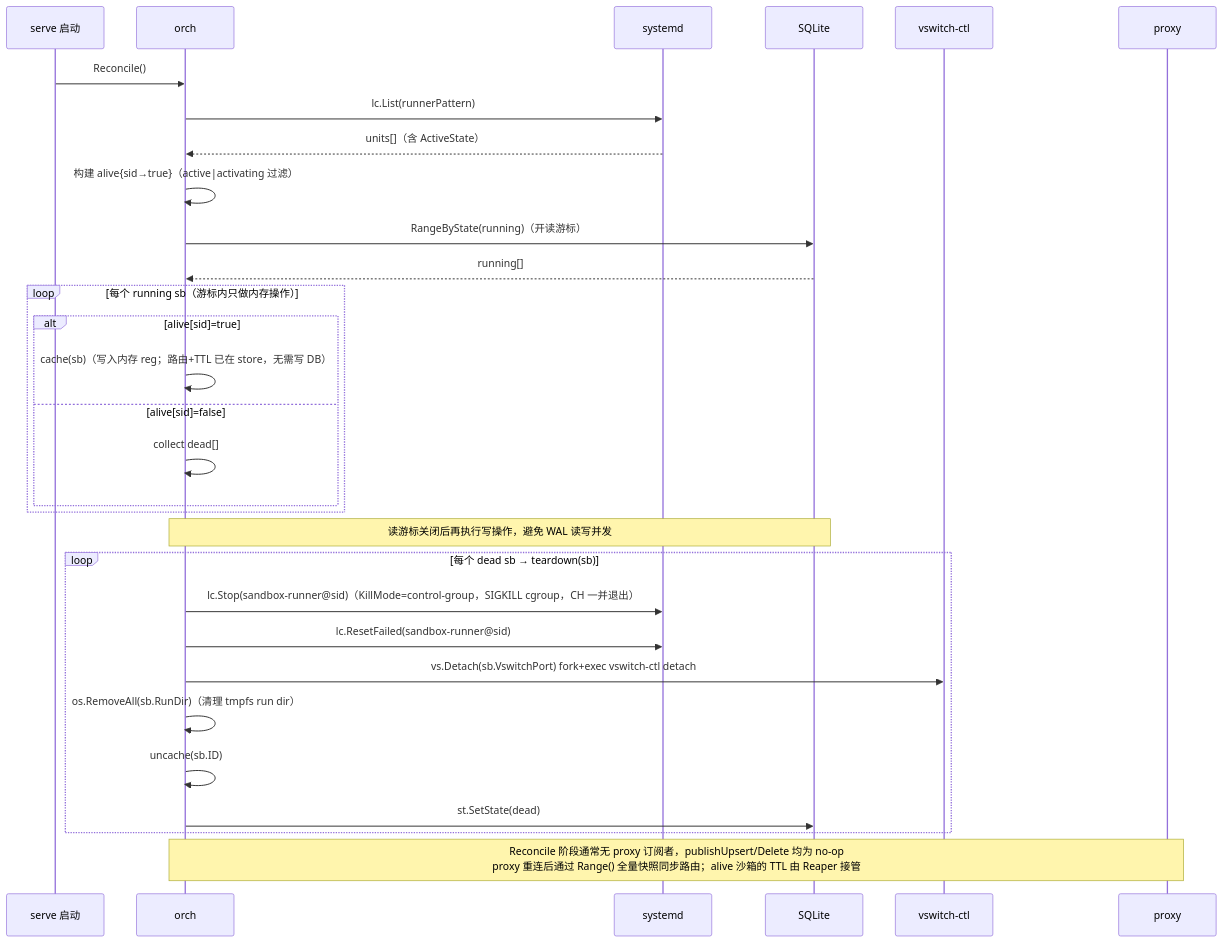
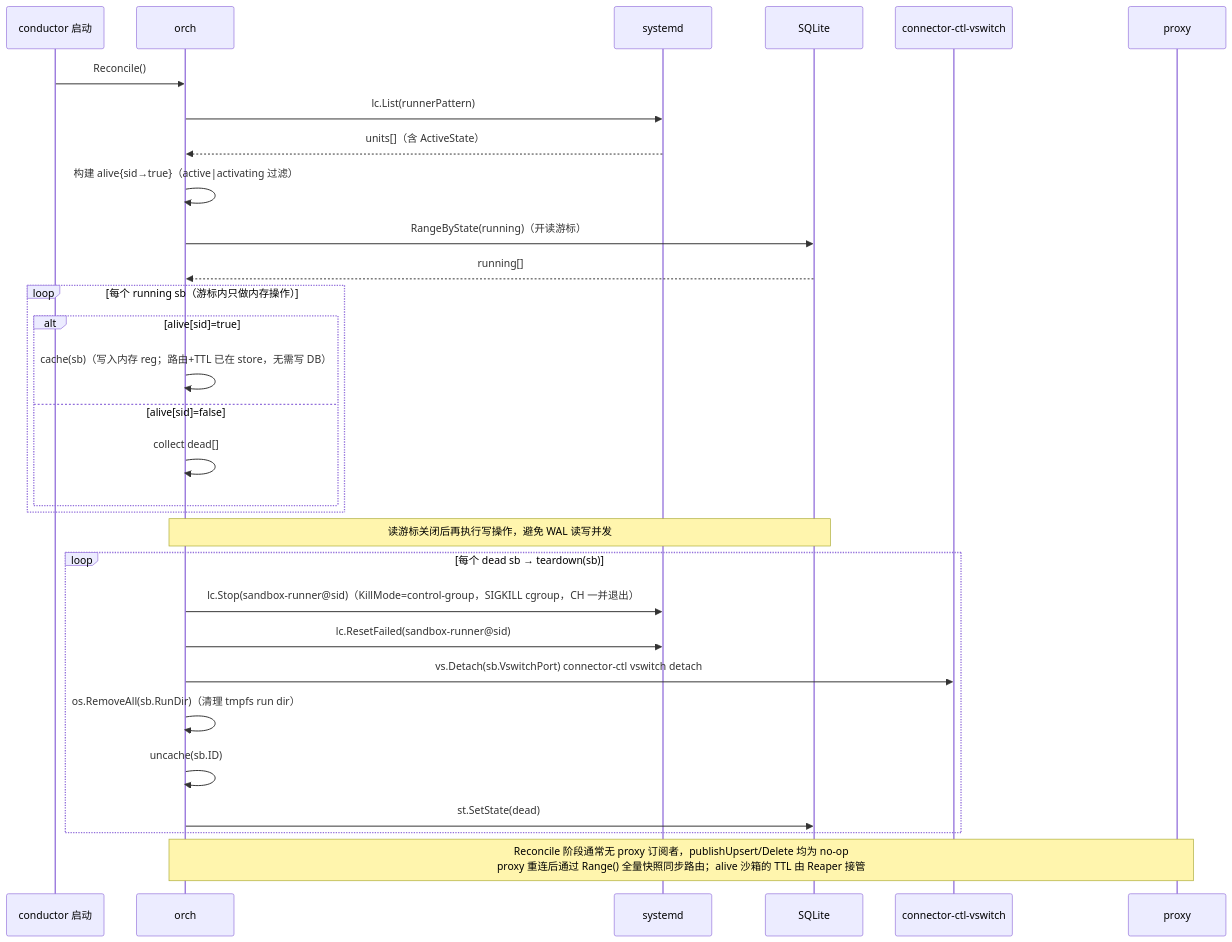
Before and after one commit to lyuyun/sandboxd: the sixth of 8 diagrams in docs/proposals/fe-2.2-serve-sandbox-lifecycle.md, drawn with Mermaid. The commit also changed other lines of this file and 1 other file, not shown here.

````diff
--- a/docs/proposals/fe-2.2-serve-sandbox-lifecycle.md
+++ b/docs/proposals/fe-2.2-serve-sandbox-lifecycle.md
@@ -798,33 +798,33 @@
 ```mermaid
 sequenceDiagram
-    participant S as serve 启动
+    participant S as conductor 启动
     participant O as orch
     participant SD as systemd
     participant DB as SQLite
-    participant VS as vswitch-ctl
+    participant VS as connector-ctl-vswitch
     participant P as proxy
 
     S->>O: Reconcile()
     O->>SD: lc.List(runnerPattern)
     SD-->>O: units[]（含 ActiveState）
     O->>O: 构建 alive{sid→true}（active|activating 过滤）
     O->>DB: RangeByState(running)（开读游标）
     DB-->>O: running[]
     loop 每个 running sb（游标内只做内存操作）
         alt alive[sid]=true
             O->>O: cache(sb)（写入内存 reg；路由+TTL 已在 store，无需写 DB）
         else alive[sid]=false
             O->>O: collect dead[]
         end
     end
     Note over O,DB: 读游标关闭后再执行写操作，避免 WAL 读写并发
     loop 每个 dead sb → teardown(sb)
         O->>SD: lc.Stop(sandbox-runner@sid)（KillMode=control-group，SIGKILL cgroup，CH 一并退出）
         O->>SD: lc.ResetFailed(sandbox-runner@sid)
-        O->>VS: vs.Detach(sb.VswitchPort) fork+exec vswitch-ctl detach
+        O->>VS: vs.Detach(sb.VswitchPort) connector-ctl vswitch detach
         O->>O: os.RemoveAll(sb.RunDir)（清理 tmpfs run dir）
         O->>O: uncache(sb.ID)
         O->>DB: st.SetState(dead)
     end
     Note over O,P: Reconcile 阶段通常无 proxy 订阅者，publishUpsert/Delete 均为 no-op<br>proxy 重连后通过 Range() 全量快照同步路由；alive 沙箱的 TTL 由 Reaper 接管
 ```
````
